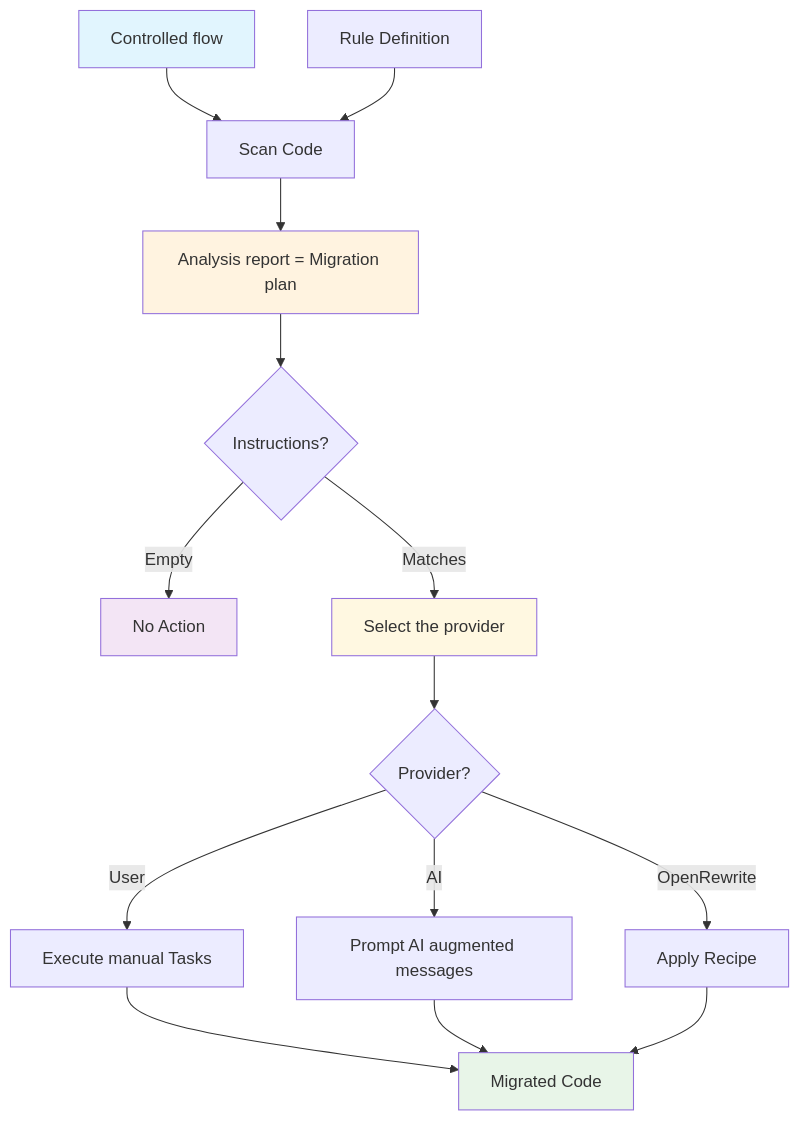
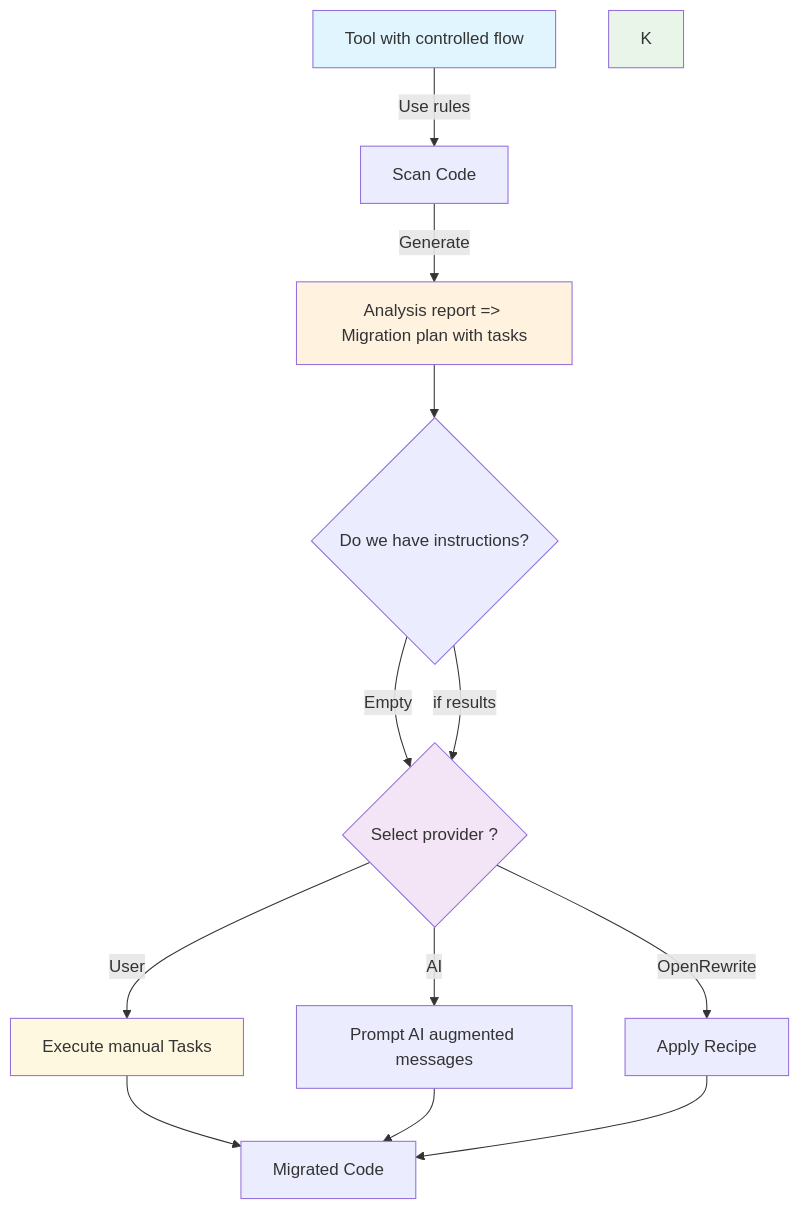
One commit to snowdrop/migration-tool changed the second of 2 diagrams in README.md. Above: the diagram before and after it, drawn with Mermaid. The commit also changed other lines of this file, not shown here.

Commit message:
Review the instructions. 5

````diff
--- a/README.md
+++ b/README.md
@@ -31,22 +31,20 @@
 ```mermaid
 flowchart TD
-    A[Controlled flow] --> B[Scan Code]
-    A1[Rule Definition] --> B[Scan Code]
-    B --> C[Analysis report = Migration plan]
-    C --> D{Instructions?}
+    A[Tool with controlled flow] --> |Use rules|B[Scan Code]
+    B --> |Generate|C[Analysis report => Migration plan with tasks]
+    C --> D{Do we have instructions?}
     D -->|Empty| E[No Action]
-    D -->|Matches| F[Select the provider]
-    F --> G{Provider?}
-    G -->|User| H[Execute manual Tasks]
-    G -->|AI| I[Prompt AI augmented messages]
-    G -->|OpenRewrite| J[Apply Recipe]
-    H --> K[Migrated Code]
-    I --> K
-    J --> K
+    D -->|if results|E{Select provider ?}
+    E -->|User| F[Execute manual Tasks]
+    E -->|AI| G[Prompt AI augmented messages]
+    E -->|OpenRewrite| H[Apply Recipe]
+    F --> I[Migrated Code]
+    G --> I
+    H --> I
 
     style A fill:#e1f5fe
     style C fill:#fff3e0
     style E fill:#f3e5f5
     style K fill:#e8f5e8
     style F fill:#fff8e1
 ```
````
